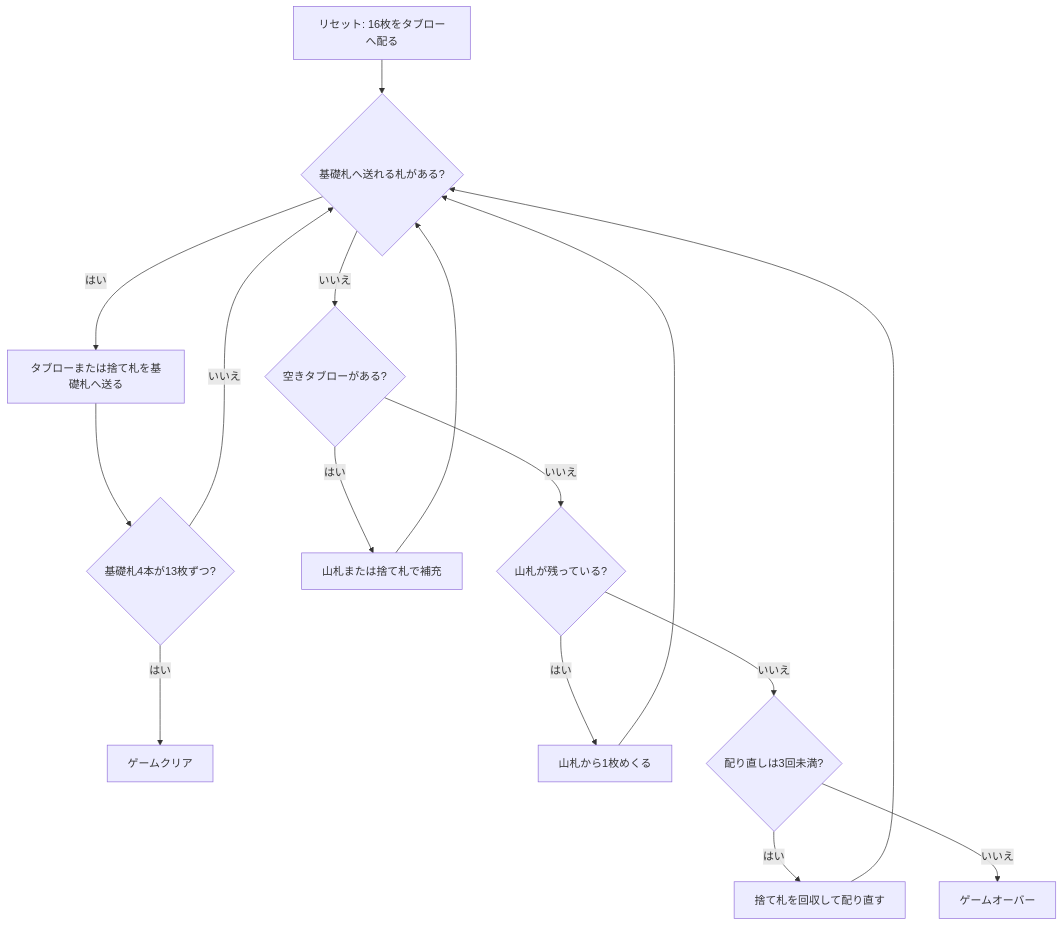
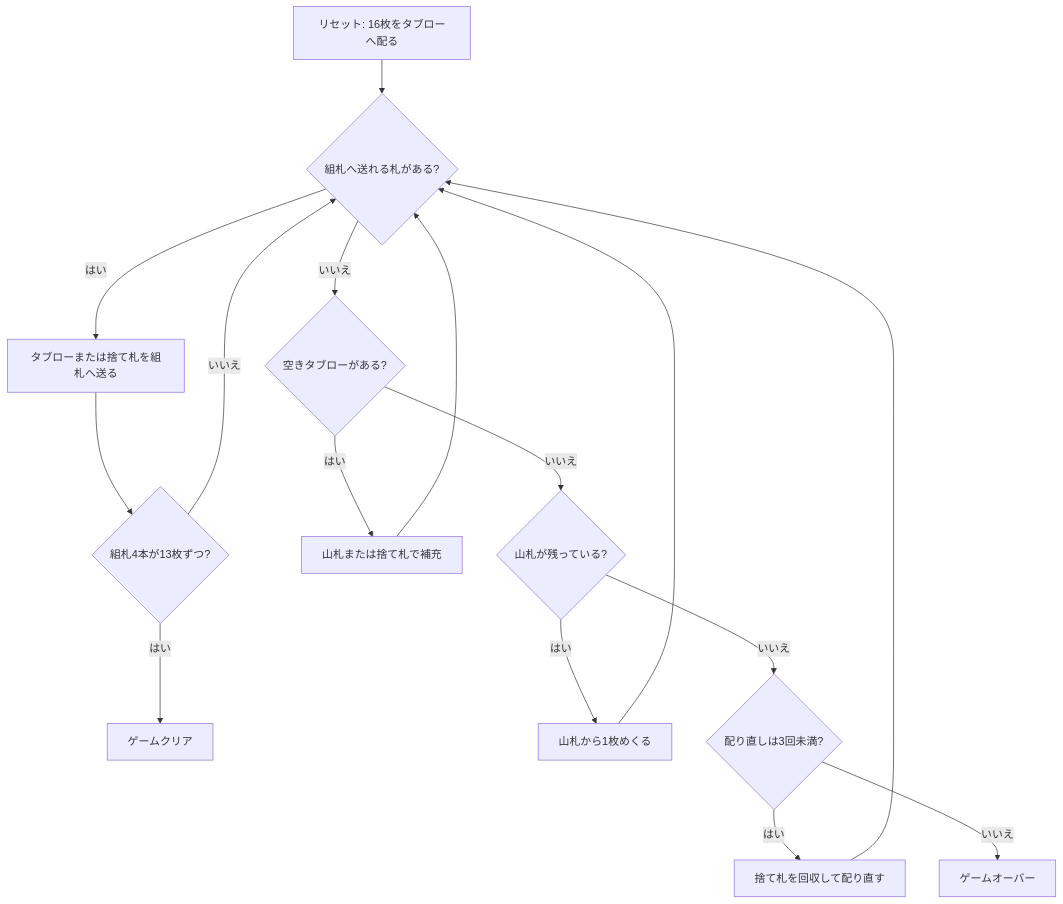
Before and after one commit to yuta-yoshinaga/go_trumpcards: the diagram in docs/manual/cui/matrimony.md, drawn with Mermaid. The commit also changed other lines of this file and 71 other files, not shown here.

````diff
--- a/docs/manual/cui/matrimony.md
+++ b/docs/manual/cui/matrimony.md
@@ -29,18 +29,18 @@
 ```mermaid
 flowchart TD
-    A[リセット: 16枚をタブローへ配る] --> B{基礎札へ送れる札がある?}
-    B -- はい --> C[タブローまたは捨て札を基礎札へ送る]
-    C --> D{基礎札4本が13枚ずつ?}
+    A[リセット: 16枚をタブローへ配る] --> B{組札へ送れる札がある?}
+    B -- はい --> C[タブローまたは捨て札を組札へ送る]
+    C --> D{組札4本が13枚ずつ?}
     D -- はい --> E[ゲームクリア]
     D -- いいえ --> B
     B -- いいえ --> F{空きタブローがある?}
     F -- はい --> G[山札または捨て札で補充]
     G --> B
     F -- いいえ --> H{山札が残っている?}
     H -- はい --> I[山札から1枚めくる]
     I --> B
     H -- いいえ --> J{配り直しは3回未満?}
     J -- はい --> K[捨て札を回収して配り直す]
     K --> B
     J -- いいえ --> L[ゲームオーバー]
 ```
````
